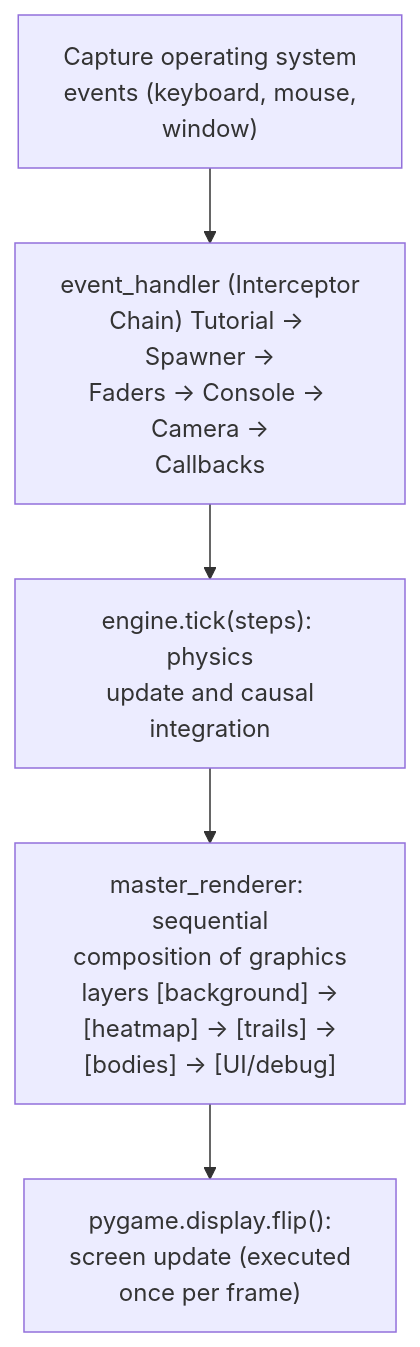
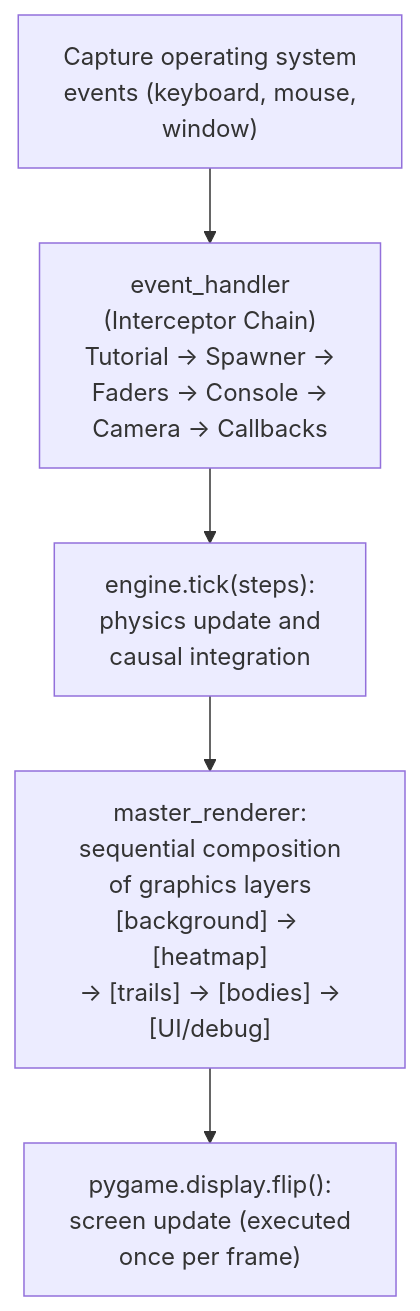
One commit to alessandro-pioli/AstroCausal_Engine changed the tenth of 11 diagrams in ARCHITECTURE_DEEP_DIVE.md. Above: the diagram before and after it, drawn with Mermaid. The commit also changed other lines of this file and 2 other files, not shown here.

````diff
--- a/ARCHITECTURE_DEEP_DIVE.md
+++ b/ARCHITECTURE_DEEP_DIVE.md
@@ -774,7 +772,7 @@
 ```mermaid
 flowchart TD
-    A["Capture operating system<br/>events (keyboard, mouse,<br/>window)"] --> B["event_handler (Interceptor<br/>Chain) Tutorial → Spawner →<br/>Faders → Console → Camera →<br/>Callbacks"]
-    B --> C["engine.tick(steps): physics<br/>update and causal<br/>integration"]
-    C --> D["master_renderer: sequential<br/>composition of graphics<br/>layers [background] →<br/>[heatmap] → [trails] →<br/>[bodies] → [UI/debug]"]
+    A["Capture operating system<br/>events (keyboard, mouse,<br/>window)"] --> B["event_handler<br/>(Interceptor Chain)<br/>Tutorial → Spawner →<br/>Faders → Console →<br/>Camera → Callbacks"]
+    B --> C["engine.tick(steps):<br/>physics update and<br/>causal integration"]
+    C --> D["master_renderer:<br/>sequential composition<br/>of graphics layers<br/>[background] → [heatmap]<br/>→ [trails] → [bodies] →<br/>[UI/debug]"]
     D --> E["pygame.display.flip():<br/>screen update (executed<br/>once per frame)"]
 ```
````
